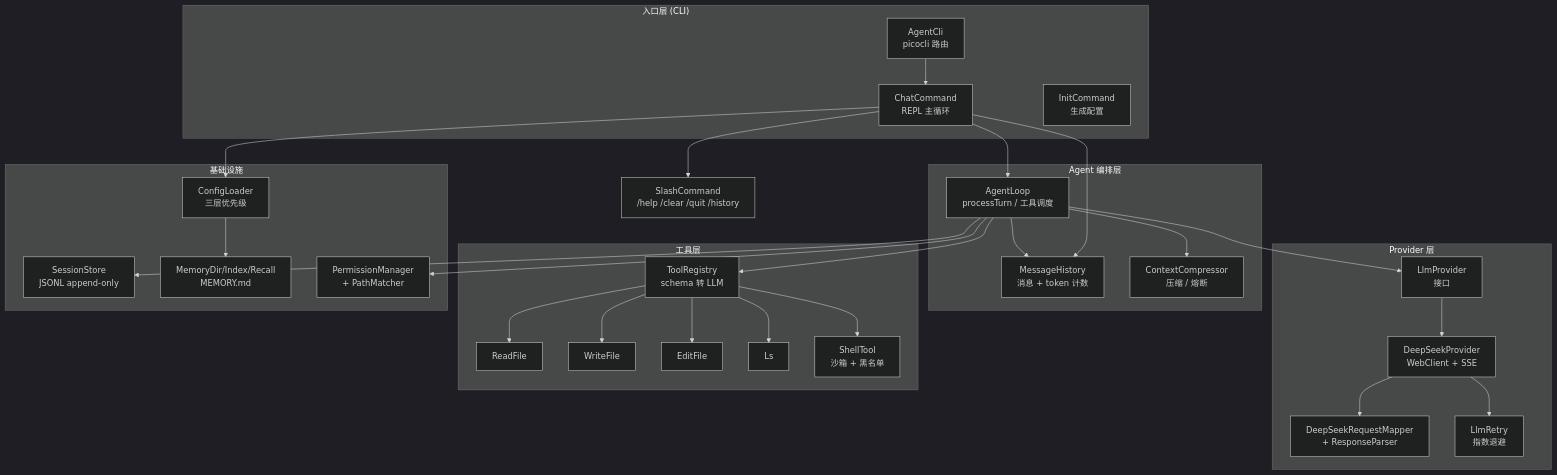
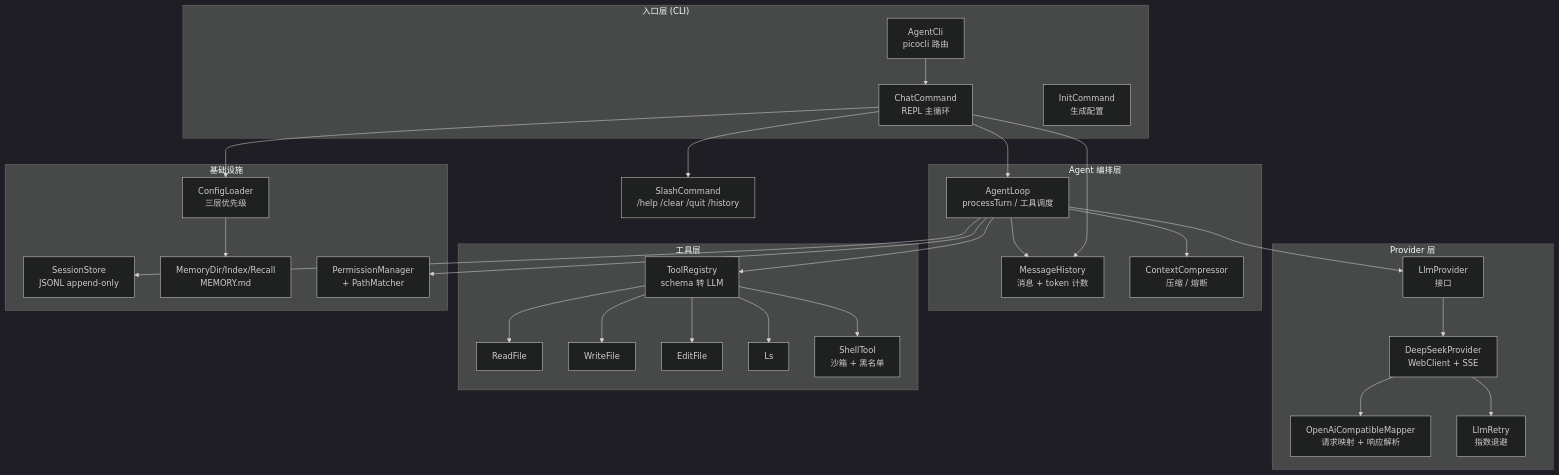
One commit to makemeking233-hub/agent-demo changed the first of 11 diagrams in docs/guides/architecture.md. Above: the diagram before and after it, drawn with Mermaid (dark theme). The commit also changed other lines of this file and 3 other files, not shown here.

````diff
--- a/docs/guides/architecture.md
+++ b/docs/guides/architecture.md
@@ -14,58 +14,58 @@
 ```mermaid
 flowchart TB
     subgraph entry["入口层 (CLI)"]
         AgentCli["AgentCli<br/>picocli 路由"]
         ChatCmd["ChatCommand<br/>REPL 主循环"]
         InitCmd["InitCommand<br/>生成配置"]
     end
 
     subgraph agent["Agent 编排层"]
         AgentLoop["AgentLoop<br/>processTurn / 工具调度"]
         MsgHist["MessageHistory<br/>消息 + token 计数"]
         CtxComp["ContextCompressor<br/>压缩 / 熔断"]
     end
 
     subgraph provider["Provider 层"]
         LlmProvider["LlmProvider<br/>接口"]
         DeepSeek["DeepSeekProvider<br/>WebClient + SSE"]
-        Mapper["DeepSeekRequestMapper<br/>+ ResponseParser"]
+        Mapper["OpenAiCompatibleMapper<br/>请求映射 + 响应解析"]
         Retry["LlmRetry<br/>指数退避"]
     end
 
     subgraph tools["工具层"]
         ToolReg["ToolRegistry<br/>schema 转 LLM"]
         ReadFile["ReadFile"]
         WriteFile["WriteFile"]
         EditFile["EditFile"]
         Ls["Ls"]
         Shell["ShellTool<br/>沙箱 + 黑名单"]
     end
 
     subgraph infra["基础设施"]
         Session["SessionStore<br/>JSONL append-only"]
         Memory["MemoryDir/Index/Recall<br/>MEMORY.md"]
         Perm["PermissionManager<br/>+ PathMatcher"]
         Config["ConfigLoader<br/>三层优先级"]
     end
 
     AgentCli --> ChatCmd
     ChatCmd --> AgentLoop
     ChatCmd --> SlashCmd["SlashCommand<br/>/help /clear /quit /history"]
     ChatCmd --> MsgHist
     AgentLoop --> MsgHist
     AgentLoop --> CtxComp
     AgentLoop --> ToolReg
     AgentLoop --> LlmProvider
     LlmProvider --> DeepSeek
     DeepSeek --> Mapper
     DeepSeek --> Retry
     ToolReg --> ReadFile
     ToolReg --> WriteFile
     ToolReg --> EditFile
     ToolReg --> Ls
     ToolReg --> Shell
     AgentLoop --> Perm
     AgentLoop --> Session
     ChatCmd --> Config
     Config --> Memory
 ```
````
